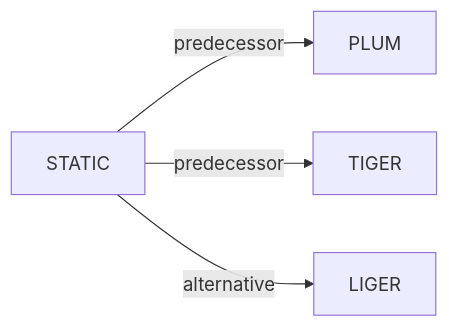
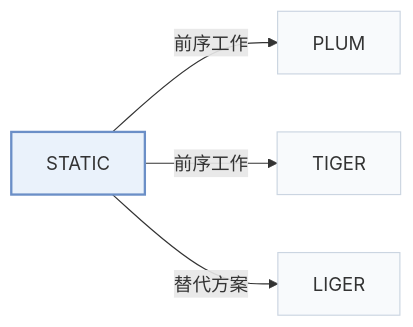
One commit to Galaxy-ghost/Awesome-SID-Generative-Rec changed the second of 2 diagrams in pages/zh/papers/static.md. Above: the diagram before and after it, drawn with Mermaid. The commit also changed other lines of this file and 649 other files, not shown here.

Commit message:
writer-05: also tags and modality index (schema, check, build, visuals); summary field removed; calibration data for 12 papers

````diff
--- a/pages/zh/papers/static.md
+++ b/pages/zh/papers/static.md
@@ -69,7 +73,11 @@
 ```mermaid
 flowchart LR
     P["STATIC"]
-    P -->|predecessor| A["PLUM"]
-    P -->|predecessor| B["TIGER"]
-    P -->|alternative| C["LIGER"]
+    P -->|"前序工作"| A["PLUM"]
+    P -->|"前序工作"| B["TIGER"]
+    P -->|"替代方案"| C["LIGER"]
+    classDef main fill:#eaf2fb,stroke:#6b8fc7,stroke-width:2px
+    classDef peer fill:#f8fafc,stroke:#cbd5e1
+    class P main
+    class A,B,C peer
 ```
````
